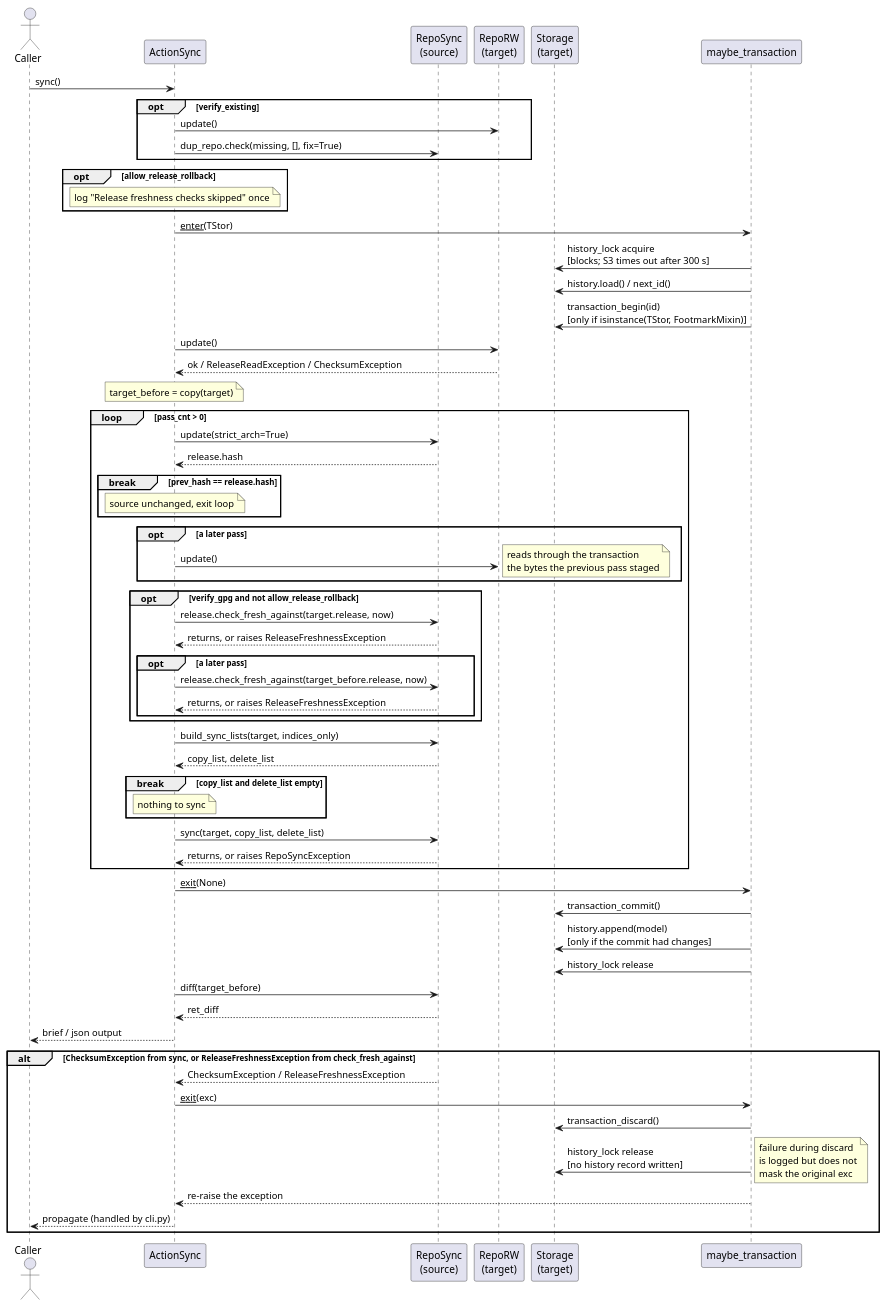
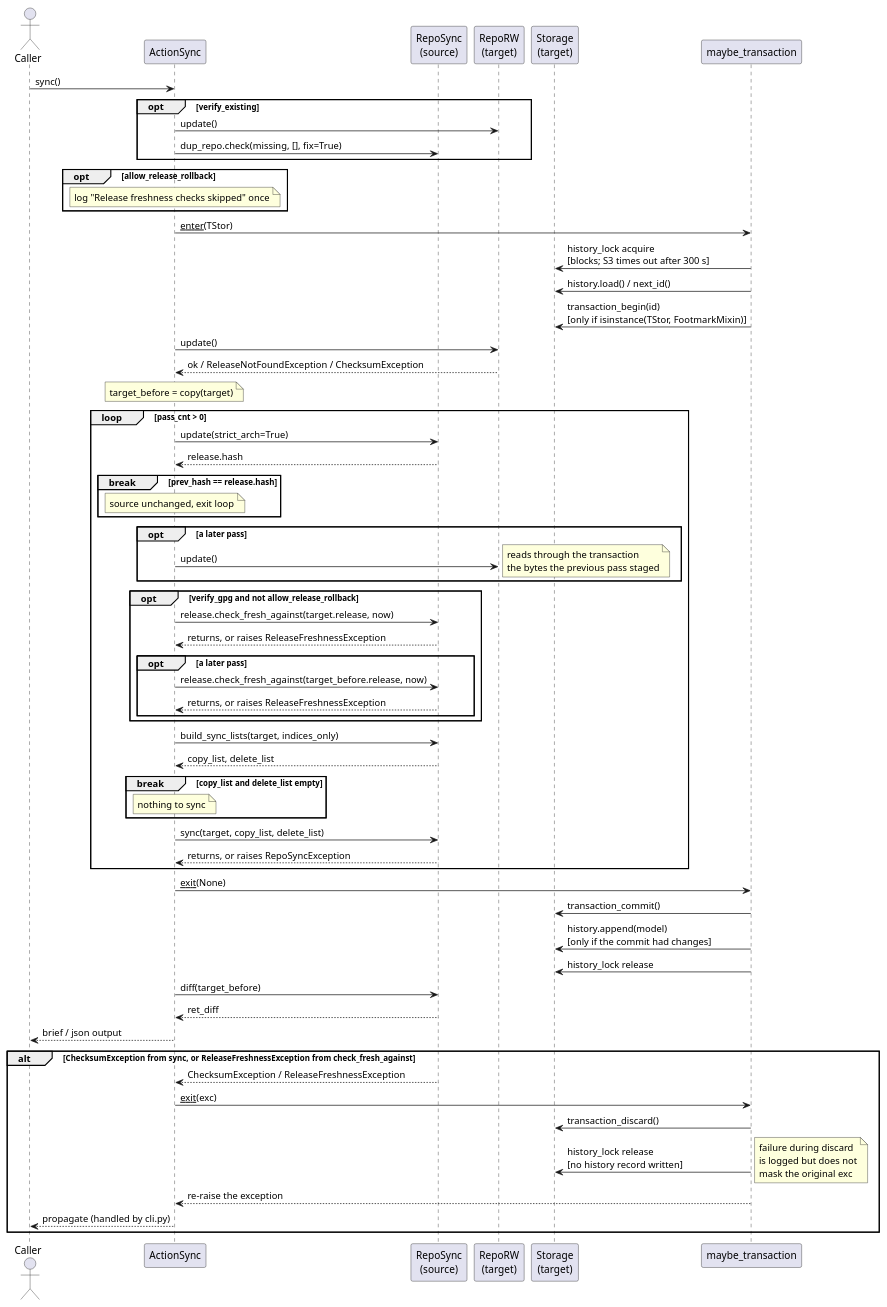
Before and after one commit to vinklat/debkit: the diagram in docs/development/diagrams/action-sync-sequence.puml, drawn with PlantUML. The commit also changed 17 other files, not shown here.

```diff
--- a/docs/development/diagrams/action-sync-sequence.puml
+++ b/docs/development/diagrams/action-sync-sequence.puml
@@ -1,78 +1,78 @@
 @startuml
 actor Caller
 participant ActionSync
 participant "RepoSync\n(source)" as Src
 participant "RepoRW\n(target)" as Tgt
 participant "Storage\n(target)" as TStor
 participant "maybe_transaction" as CM
 
 Caller -> ActionSync: sync()
 
 opt verify_existing
   ActionSync -> Tgt: update()
   ActionSync -> Src: dup_repo.check(missing, [], fix=True)
 end
 
 opt allow_release_rollback
   note over ActionSync: log "Release freshness checks skipped" once
 end
 
 ActionSync -> CM: __enter__(TStor)
 CM -> TStor: history_lock acquire\n[blocks; S3 times out after 300 s]
 CM -> TStor: history.load() / next_id()
 CM -> TStor: transaction_begin(id)\n[only if isinstance(TStor, FootmarkMixin)]
 
 ActionSync -> Tgt: update()
-Tgt --> ActionSync: ok / ReleaseReadException / ChecksumException
+Tgt --> ActionSync: ok / ReleaseNotFoundException / ChecksumException
 note over ActionSync: target_before = copy(target)
 
 loop pass_cnt > 0
   ActionSync -> Src: update(strict_arch=True)
   Src --> ActionSync: release.hash
   break prev_hash == release.hash
     note over ActionSync: source unchanged, exit loop
   end
 
   opt a later pass
     ActionSync -> Tgt: update()
     note right: reads through the transaction\nthe bytes the previous pass staged
   end
 
   opt verify_gpg and not allow_release_rollback
     ActionSync -> Src: release.check_fresh_against(target.release, now)
     Src --> ActionSync: returns, or raises ReleaseFreshnessException
     opt a later pass
       ActionSync -> Src: release.check_fresh_against(target_before.release, now)
       Src --> ActionSync: returns, or raises ReleaseFreshnessException
     end
   end
 
   ActionSync -> Src: build_sync_lists(target, indices_only)
   Src --> ActionSync: copy_list, delete_list
   break copy_list and delete_list empty
     note over ActionSync: nothing to sync
   end
 
   ActionSync -> Src: sync(target, copy_list, delete_list)
   Src --> ActionSync: returns, or raises RepoSyncException
 end
 
 ActionSync -> CM: __exit__(None)
 CM -> TStor: transaction_commit()
 CM -> TStor: history.append(model)\n[only if the commit had changes]
 CM -> TStor: history_lock release
 
 ActionSync -> Src: diff(target_before)
 Src --> ActionSync: ret_diff
 ActionSync --> Caller: brief / json output
 
 alt ChecksumException from sync, or ReleaseFreshnessException from check_fresh_against
   Src --> ActionSync: ChecksumException / ReleaseFreshnessException
   ActionSync -> CM: __exit__(exc)
   CM -> TStor: transaction_discard()
   CM -> TStor: history_lock release\n[no history record written]
   note right: failure during discard\nis logged but does not\nmask the original exc
   CM --> ActionSync: re-raise the exception
   ActionSync --> Caller: propagate (handled by cli.py)
 end
 @enduml
```
